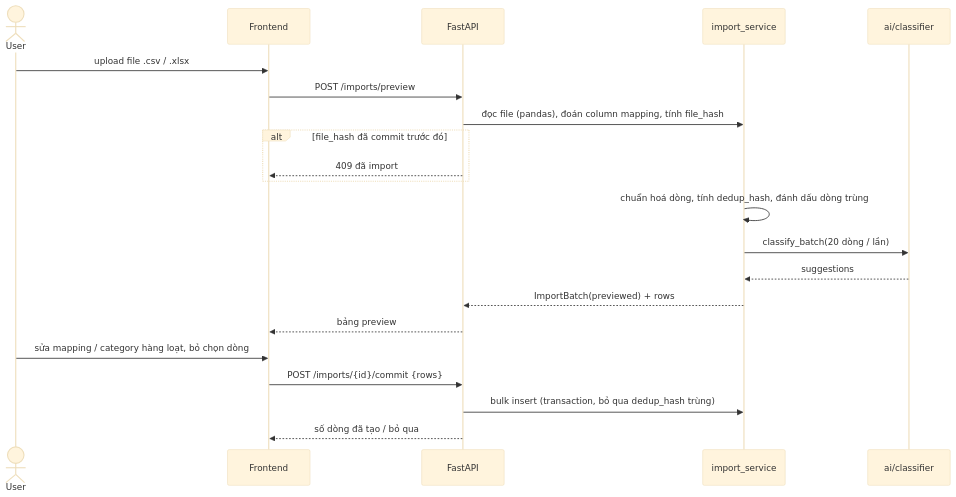
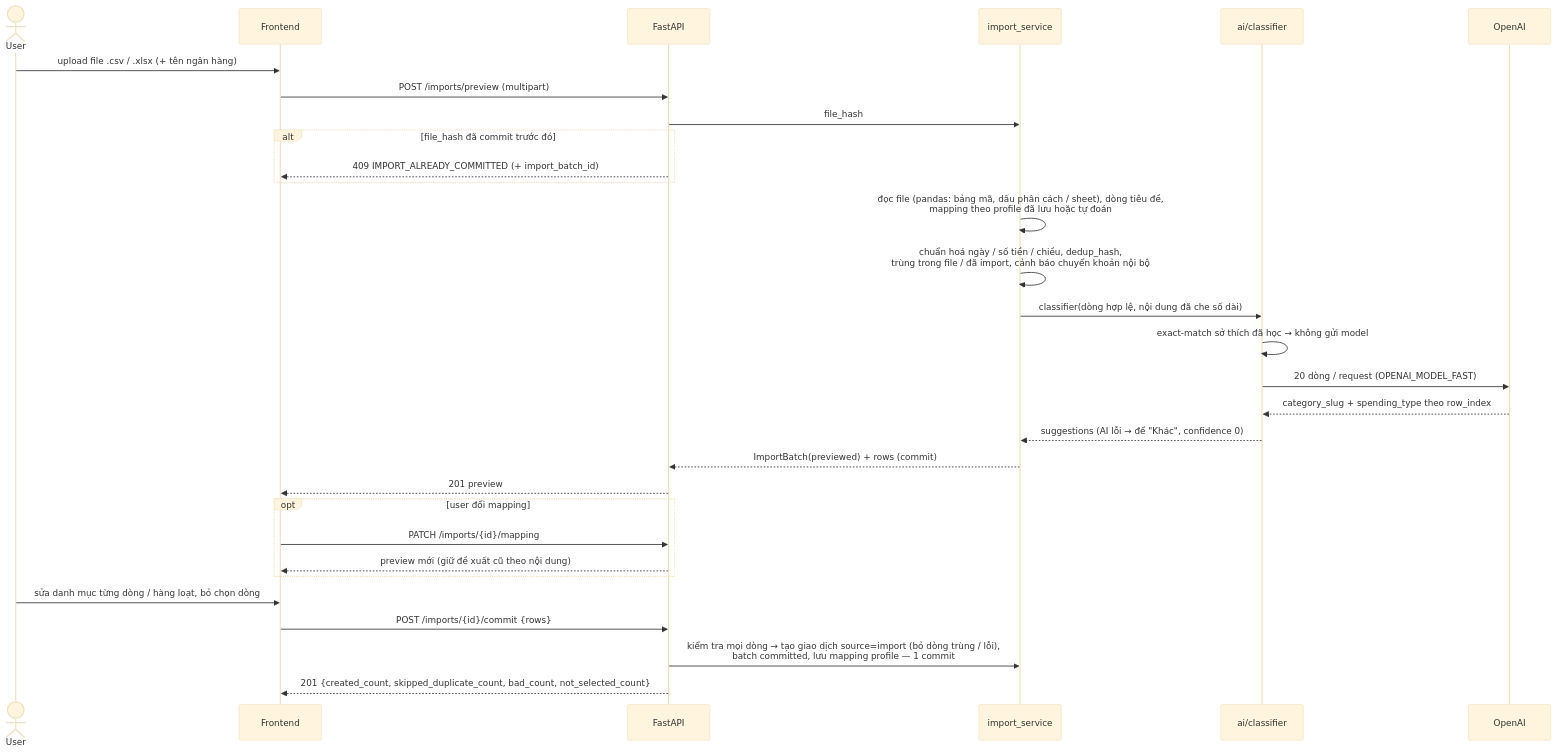
The sixth of 7 diagrams in docs/architecture/sequences.md (dangbh96/AI-personal-finance-assistant), drawn with Mermaid (base theme) before and after one commit. The commit also changed other lines of this file and 44 other files, not shown here.

First line of the commit message:
phase-14: csv and excel import

````diff
--- a/docs/architecture/sequences.md
+++ b/docs/architecture/sequences.md
@@ -177,24 +179,33 @@
 ```mermaid
 sequenceDiagram
     actor U as User
     participant FE as Frontend
     participant API as FastAPI
     participant IS as import_service
     participant CLS as ai/classifier
+    participant OAI as OpenAI
 
-    U->>FE: upload file .csv / .xlsx
-    FE->>API: POST /imports/preview
-    API->>IS: đọc file (pandas), đoán column mapping, tính file_hash
+    U->>FE: upload file .csv / .xlsx (+ tên ngân hàng)
+    FE->>API: POST /imports/preview (multipart)
+    API->>IS: file_hash
     alt file_hash đã commit trước đó
-        API-->>FE: 409 đã import
+        API-->>FE: 409 IMPORT_ALREADY_COMMITTED (+ import_batch_id)
     end
-    IS->>IS: chuẩn hoá dòng, tính dedup_hash, đánh dấu dòng trùng
-    IS->>CLS: classify_batch(20 dòng / lần)
-    CLS-->>IS: suggestions
-    IS-->>API: ImportBatch(previewed) + rows
-    API-->>FE: bảng preview
-    U->>FE: sửa mapping / category hàng loạt, bỏ chọn dòng
+    IS->>IS: đọc file (pandas: bảng mã, dấu phân cách / sheet), dòng tiêu đề,<br/>mapping theo profile đã lưu hoặc tự đoán
+    IS->>IS: chuẩn hoá ngày / số tiền / chiều, dedup_hash,<br/>trùng trong file / đã import, cảnh báo chuyển khoản nội bộ
+    IS->>CLS: classifier(dòng hợp lệ, nội dung đã che số dài)
+    CLS->>CLS: exact-match sở thích đã học → không gửi model
+    CLS->>OAI: 20 dòng / request (OPENAI_MODEL_FAST)
+    OAI-->>CLS: category_slug + spending_type theo row_index
+    CLS-->>IS: suggestions (AI lỗi → để "Khác", confidence 0)
+    IS-->>API: ImportBatch(previewed) + rows (commit)
+    API-->>FE: 201 preview
+    opt user đổi mapping
+        FE->>API: PATCH /imports/{id}/mapping
+        API-->>FE: preview mới (giữ đề xuất cũ theo nội dung)
+    end
+    U->>FE: sửa danh mục từng dòng / hàng loạt, bỏ chọn dòng
     FE->>API: POST /imports/{id}/commit {rows}
-    API->>IS: bulk insert (transaction, bỏ qua dedup_hash trùng)
-    API-->>FE: số dòng đã tạo / bỏ qua
+    API->>IS: kiểm tra mọi dòng → tạo giao dịch source=import (bỏ dòng trùng / lỗi),<br/>batch committed, lưu mapping profile — 1 commit
+    API-->>FE: 201 {created_count, skipped_duplicate_count, bad_count, not_selected_count}
 ```
````
